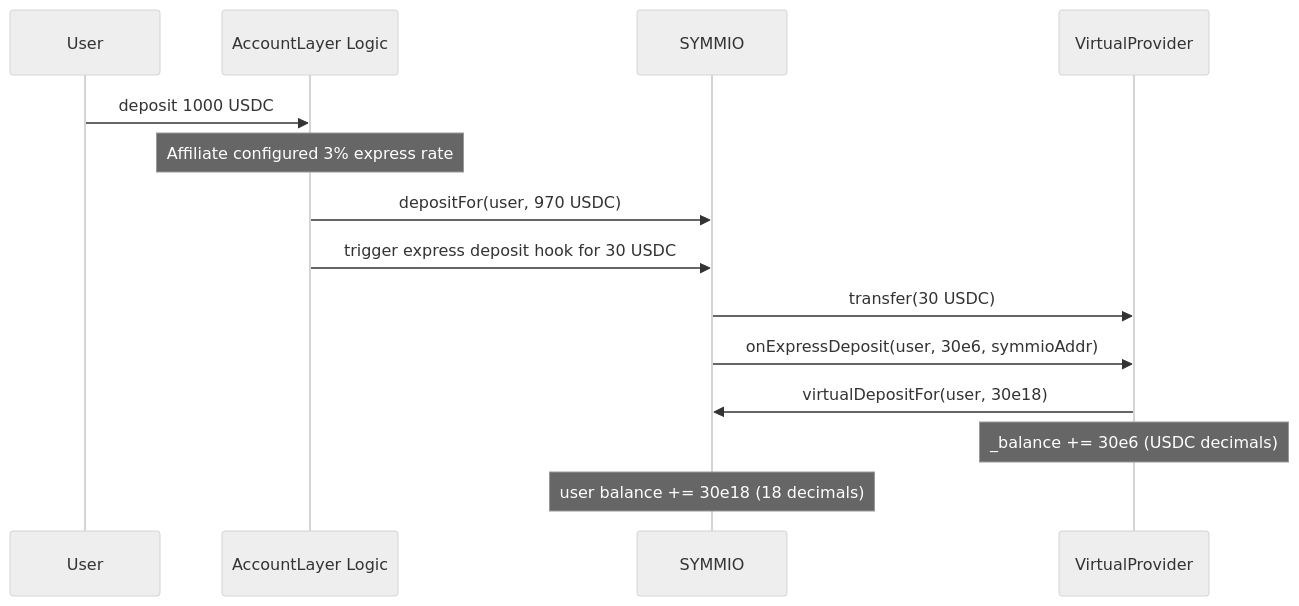
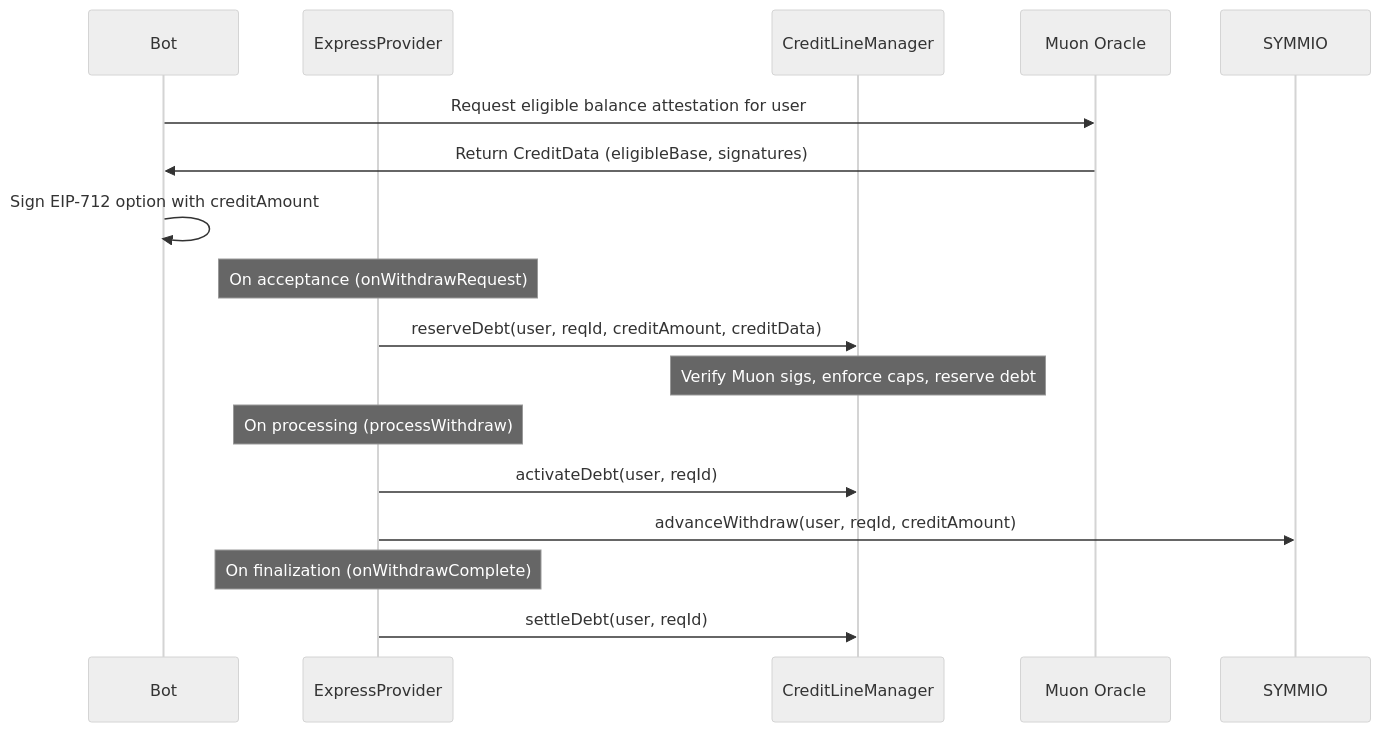
Diagram 16 of 16 in docs/v0.8.6/express-withdrawal-system-design.md (SYMM-IO/perps-core), drawn with Mermaid (neutral theme) before and after one commit. The commit also changed other lines of this file and 9 other files, not shown here.

Commit message:
docs: replace VirtualProvider with Credit Line system in express provider docs

````diff
--- a/docs/v0.8.6/express-withdrawal-system-design.md
+++ b/docs/v0.8.6/express-withdrawal-system-design.md
@@ -927,17 +932,23 @@
 ```mermaid
 sequenceDiagram
-    participant User
-    participant AccountLayer as AccountLayer Logic
+    participant Bot
+    participant Express as ExpressProvider
+    participant CLM as CreditLineManager
+    participant Muon as Muon Oracle
     participant SYMMIO
-    participant Virtual as VirtualProvider
 
-    User->>AccountLayer: deposit 1000 USDC
-    Note over AccountLayer: Affiliate configured 3% express rate
-    AccountLayer->>SYMMIO: depositFor(user, 970 USDC)
-    AccountLayer->>SYMMIO: trigger express deposit hook for 30 USDC
-    SYMMIO->>Virtual: transfer(30 USDC)
-    SYMMIO->>Virtual: onExpressDeposit(user, 30e6, symmioAddr)
-    Virtual->>SYMMIO: virtualDepositFor(user, 30e18)
-    Note over Virtual: _balance += 30e6 (USDC decimals)
-    Note over SYMMIO: user balance += 30e18 (18 decimals)
+    Bot->>Muon: Request eligible balance attestation for user
+    Muon->>Bot: Return CreditData (eligibleBase, signatures)
+    Bot->>Bot: Sign EIP-712 option with creditAmount
+
+    Note over Express: On acceptance (onWithdrawRequest)
+    Express->>CLM: reserveDebt(user, reqId, creditAmount, creditData)
+    Note over CLM: Verify Muon sigs, enforce caps, reserve debt
+
+    Note over Express: On processing (processWithdraw)
+    Express->>CLM: activateDebt(user, reqId)
+    Express->>SYMMIO: advanceWithdraw(user, reqId, creditAmount)
+
+    Note over Express: On finalization (onWithdrawComplete)
+    Express->>CLM: settleDebt(user, reqId)
 ```
````
